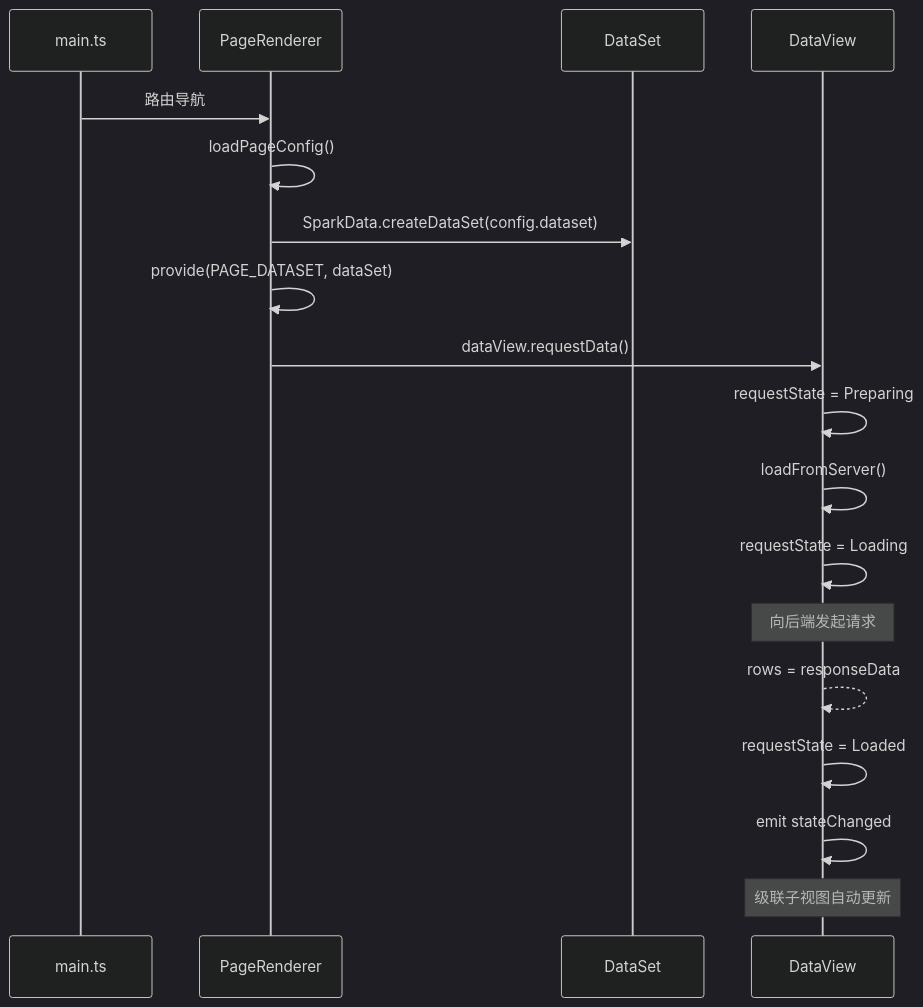
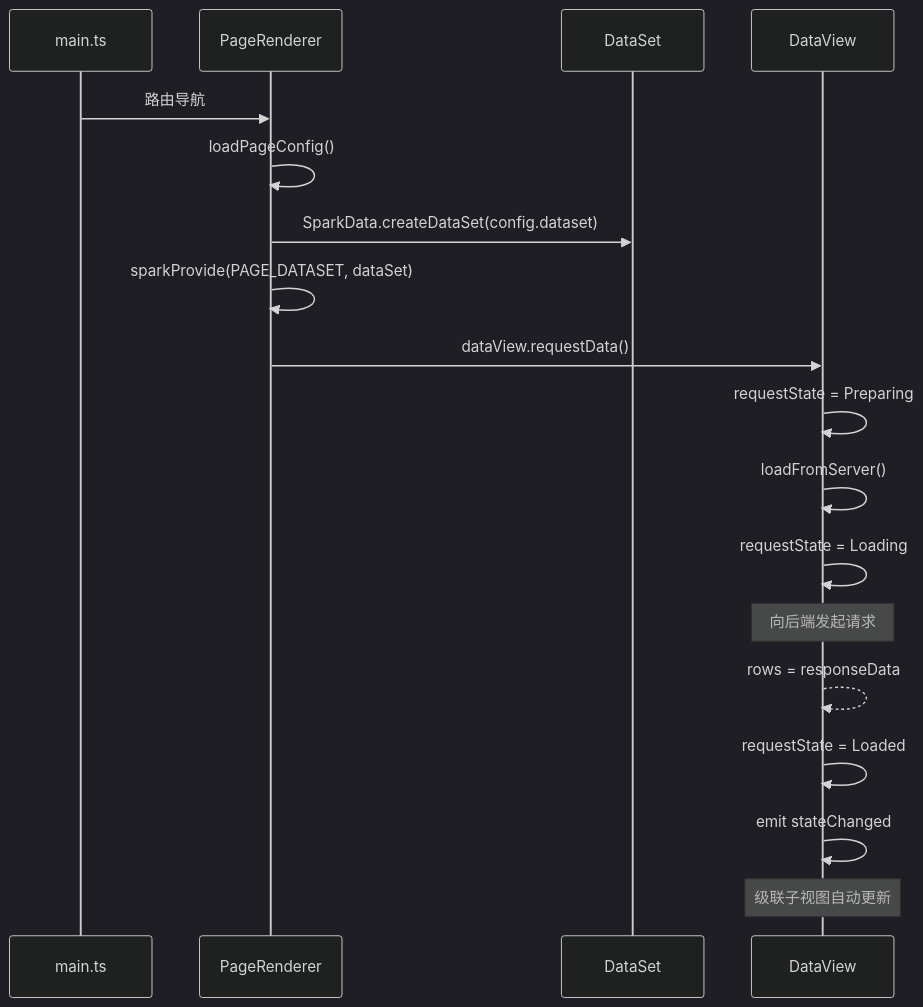
Before and after one commit to LMSpark/spark-view-vue: the diagram in docs/architecture/DATAFLOW_ARCHITECTURE.md, drawn with Mermaid (dark theme). The commit also changed other lines of this file and 38 other files, not shown here.

````diff
--- a/docs/architecture/DATAFLOW_ARCHITECTURE.md
+++ b/docs/architecture/DATAFLOW_ARCHITECTURE.md
@@ -268,21 +268,21 @@
 ```mermaid
 sequenceDiagram
   participant App as main.ts
   participant Page as PageRenderer
   participant DS as DataSet
   participant DV as DataView
 
   App->>Page: 路由导航
   Page->>Page: loadPageConfig()
   Page->>DS: SparkData.createDataSet(config.dataset)
-  Page->>Page: provide(PAGE_DATASET, dataSet)
+  Page->>Page: sparkProvide(PAGE_DATASET, dataSet)
   Page->>DV: dataView.requestData()
   DV->>DV: requestState = Preparing
   DV->>DV: loadFromServer()
   DV->>DV: requestState = Loading
   Note over DV: 向后端发起请求
   DV-->>DV: rows = responseData
   DV->>DV: requestState = Loaded
   DV->>DV: emit stateChanged
   Note over DV: 级联子视图自动更新
 ```
````
